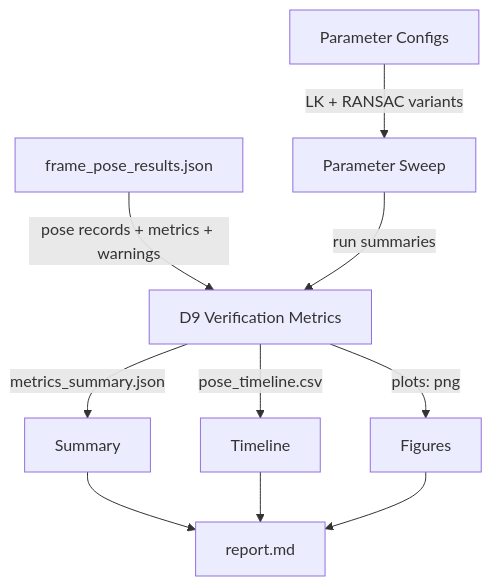
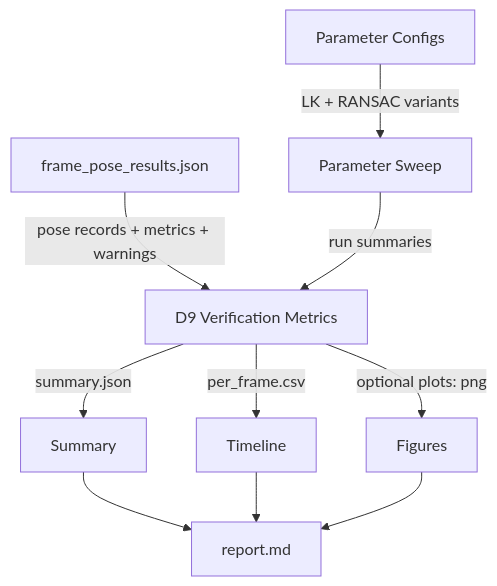
The third of 3 diagrams in breakdown/02_Optical_Flow_Pose/04_Implementation/stage_11_13_optical_flow_pose_pipeline.md (Rt209/camera-angle), drawn with Mermaid before and after one commit. The commit also changed other lines of this file and 396 other files, not shown here.

````diff
--- a/breakdown/02_Optical_Flow_Pose/04_Implementation/stage_11_13_optical_flow_pose_pipeline.md
+++ b/breakdown/02_Optical_Flow_Pose/04_Implementation/stage_11_13_optical_flow_pose_pipeline.md
@@ -144,12 +144,12 @@
 ```mermaid
 flowchart TD
     A[frame_pose_results.json] -->|pose records + metrics + warnings| B[D9 Verification Metrics]
-    B -->|metrics_summary.json| C[Summary]
-    B -->|pose_timeline.csv| D[Timeline]
-    B -->|plots: png| E[Figures]
+    B -->|summary.json| C[Summary]
+    B -->|per_frame.csv| D[Timeline]
+    B -->|optional plots: png| E[Figures]
     C --> F[report.md]
     D --> F
     E --> F
     G[Parameter Configs] -->|LK + RANSAC variants| H[Parameter Sweep]
     H -->|run summaries| B
 ```
````
